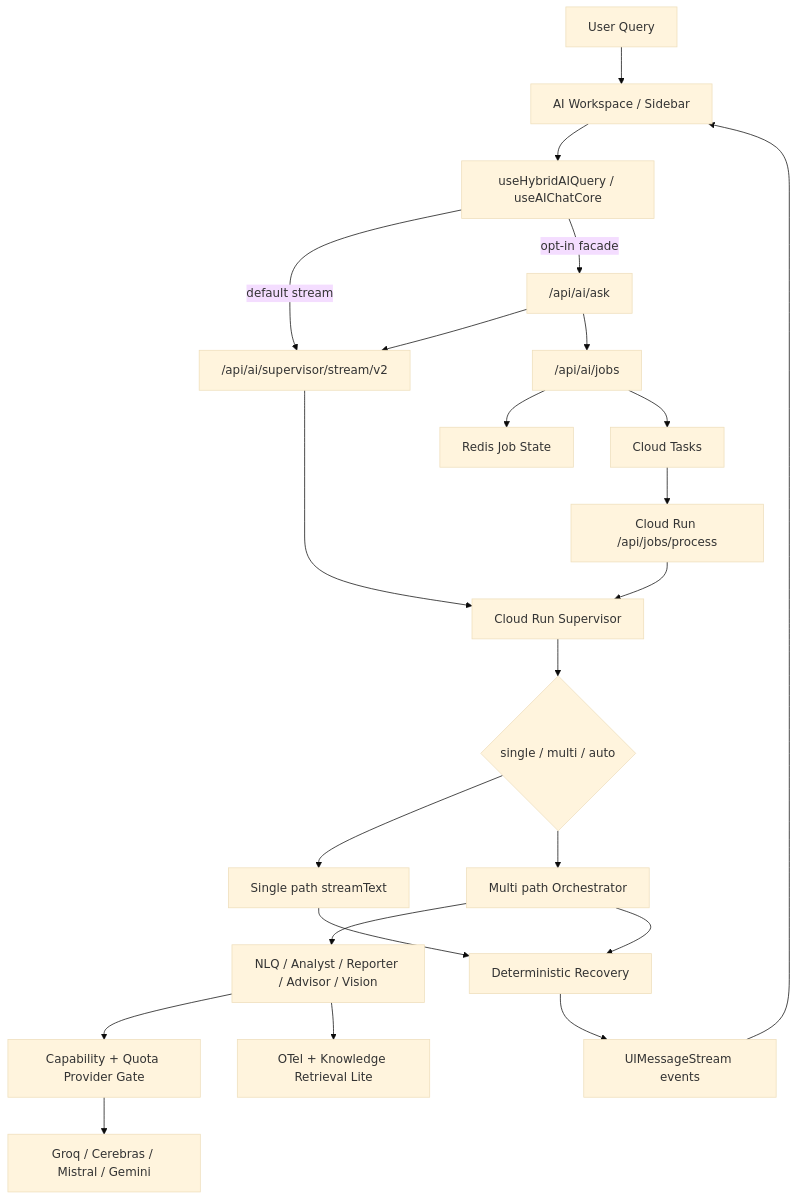
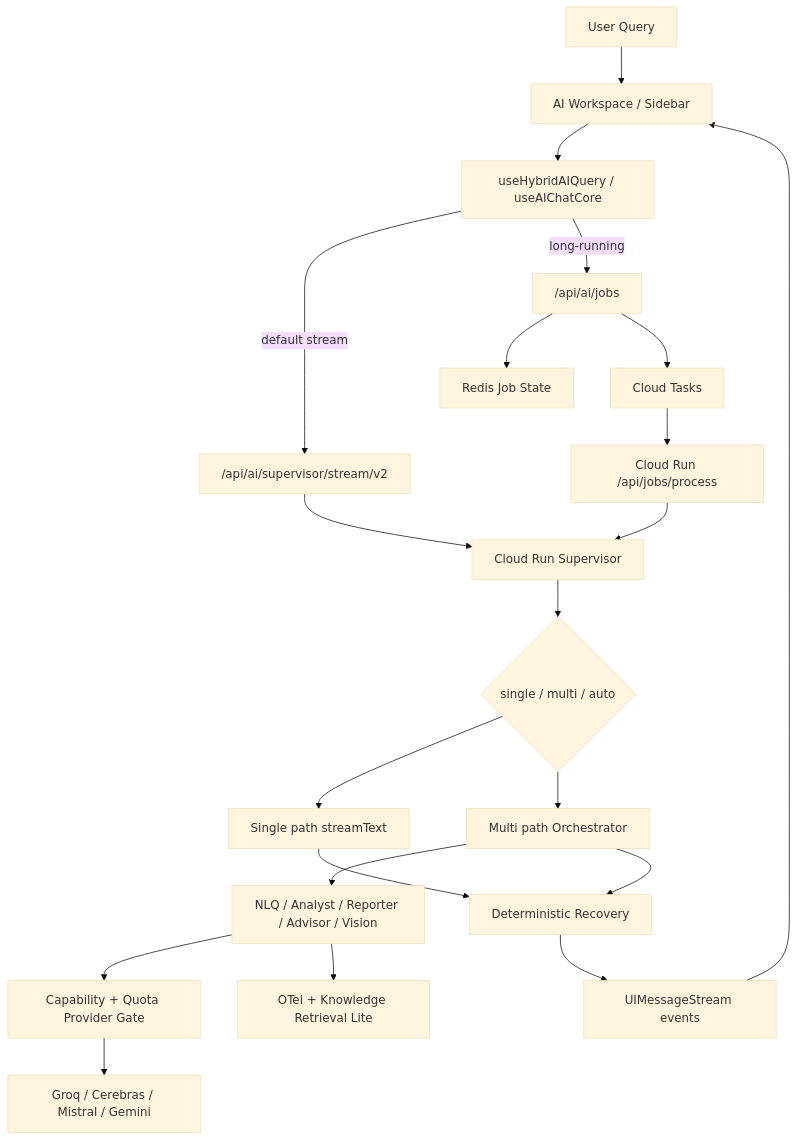
The diagram in docs/architecture/02-runtime-architecture.md (skyasu2/openmanager-ai), drawn with Mermaid (base theme) before and after one commit. The commit also changed other lines of this file and 8 other files, not shown here.

Commit message:
docs(ai): align route catalog after ask removal

````diff
--- a/docs/architecture/02-runtime-architecture.md
+++ b/docs/architecture/02-runtime-architecture.md
@@ -27,30 +26,28 @@
 ```mermaid
 flowchart TB
     User["User Query"] --> UI["AI Workspace / Sidebar"]
     UI --> Hook["useHybridAIQuery / useAIChatCore"]
 
     Hook -->|default stream| StreamRoute["/api/ai/supervisor/stream/v2"]
-    Hook -->|opt-in facade| Ask["/api/ai/ask"]
-    Ask --> StreamRoute
-    Ask --> Jobs["/api/ai/jobs"]
+    Hook -->|long-running| Jobs["/api/ai/jobs"]
 
     Jobs --> Redis["Redis Job State"]
     Jobs --> Tasks["Cloud Tasks"]
     Tasks --> Worker["Cloud Run /api/jobs/process"]
 
     StreamRoute --> Supervisor["Cloud Run Supervisor"]
     Worker --> Supervisor
     Supervisor --> Mode{"single / multi / auto"}
     Mode --> Single["Single path streamText"]
     Mode --> Multi["Multi path Orchestrator"]
 
     Multi --> Agents["NLQ / Analyst / Reporter / Advisor / Vision"]
     Agents --> ProviderGate["Capability + Quota Provider Gate"]
     ProviderGate --> LLM["Groq / Cerebras / Mistral / Gemini"]
 
     Agents --> Data["OTel + Knowledge Retrieval Lite"]
     Single --> Recovery["Deterministic Recovery"]
     Multi --> Recovery
     Recovery --> Stream["UIMessageStream events"]
     Stream --> UI
 ```
````
